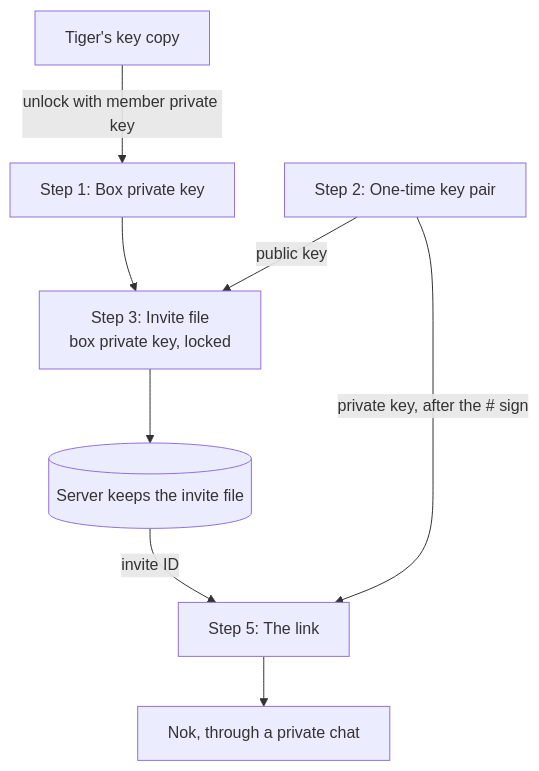
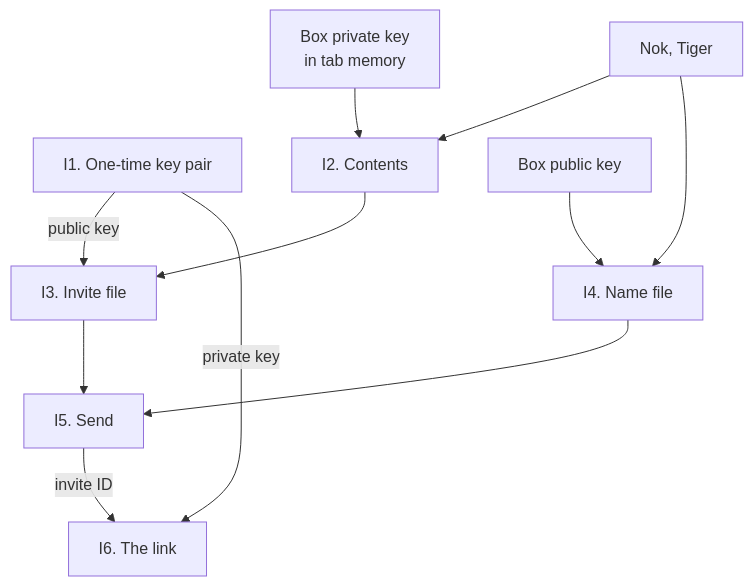
The second of 2 diagrams in docs/04-create-invite.md (intaniger/secretbox), drawn with Mermaid before and after one commit. The commit also changed other lines of this file and 30 other files, not shown here.

````diff
--- a/docs/04-create-invite.md
+++ b/docs/04-create-invite.md
@@ -58,10 +46,13 @@
 ```mermaid
 flowchart TD
-  KC["Tiger's key copy"] -->|unlock with member private key| BK["Step 1: Box private key"]
-  OT["Step 2: One-time key pair"] -->|public key| IF["Step 3: Invite file<br/>box private key, locked"]
-  BK --> IF
-  IF --> DB[("Server keeps the invite file")]
-  DB -->|invite ID| L["Step 5: The link"]
-  OT -->|private key, after the # sign| L
-  L --> N["Nok, through a private chat"]
+  I1["I1. One-time key pair"] -->|public key| I3["I3. Invite file"]
+  BK["Box private key<br/>in tab memory"] --> I2["I2. Contents"]
+  NM["Nok, Tiger"] --> I2
+  I2 --> I3
+  NM --> I4["I4. Name file"]
+  BP["Box public key"] --> I4
+  I3 --> I5["I5. Send"]
+  I4 --> I5
+  I5 -->|invite ID| I6["I6. The link"]
+  I1 -->|private key| I6
 ```
````
